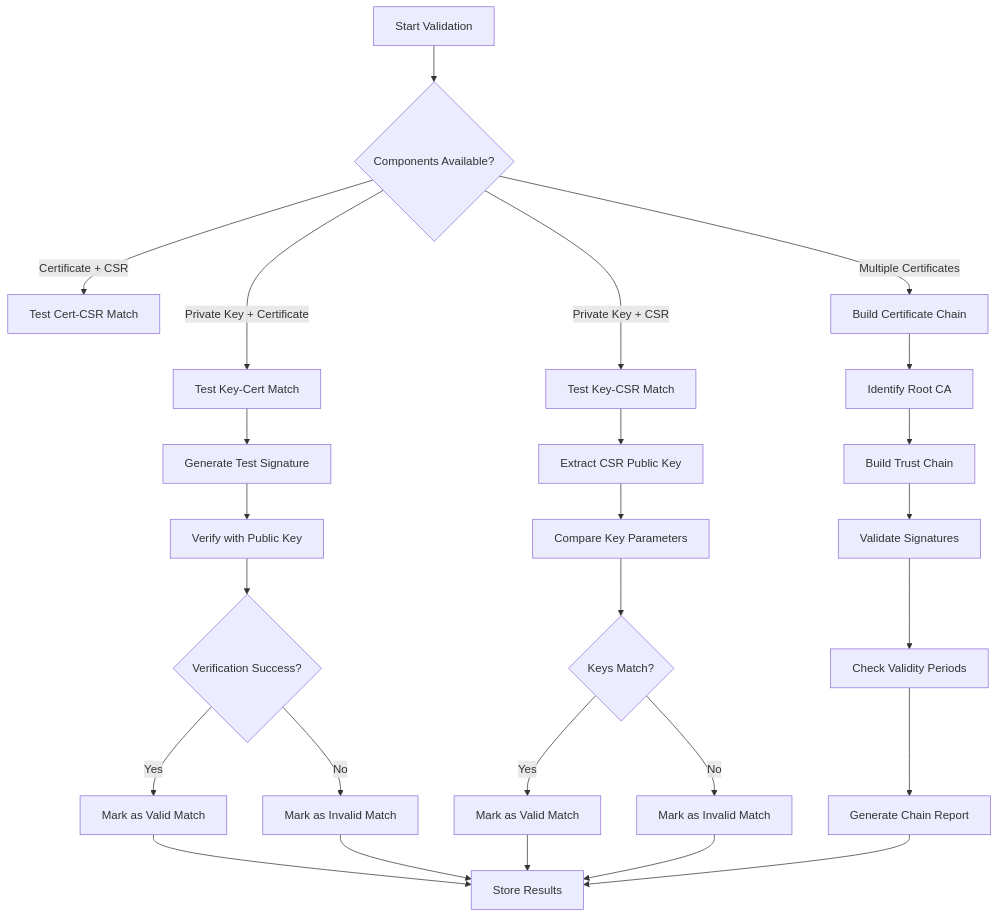
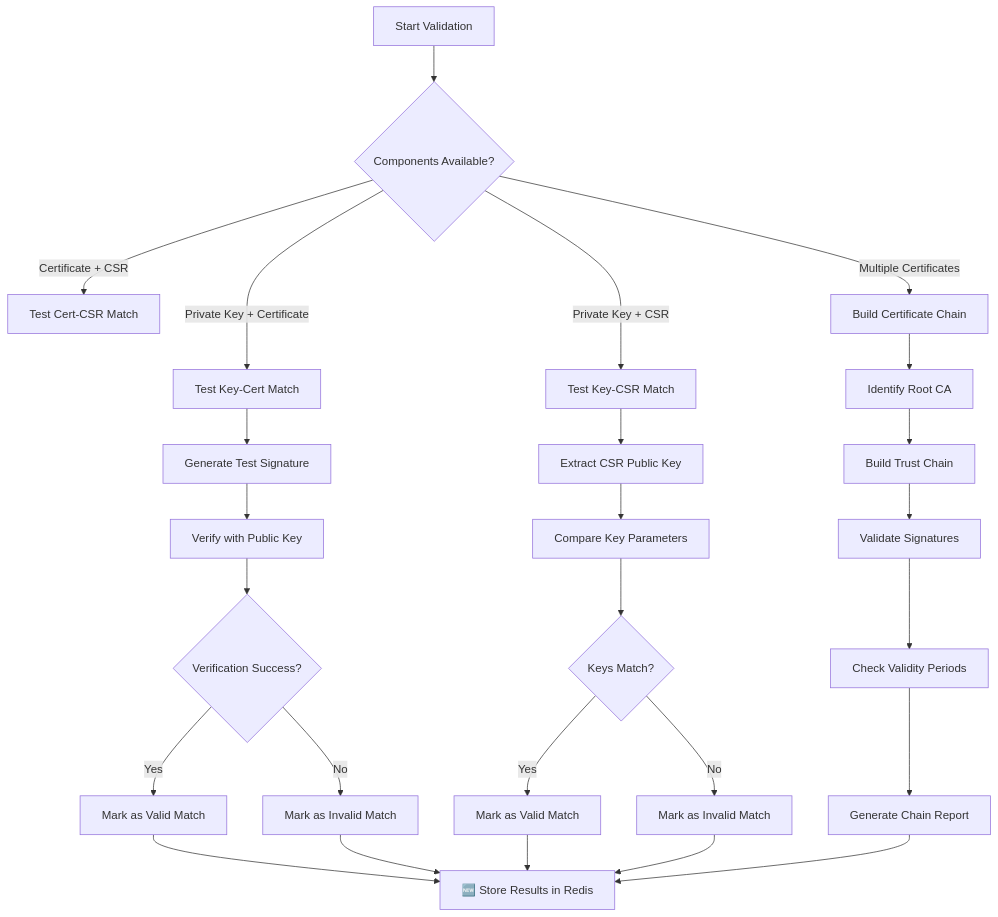
One commit to fuhdan/certificate-tools changed the sixth of 13 diagrams in TECHNICAL.md. Above: the diagram before and after it, drawn with Mermaid. The commit also changed other lines of this file and 1 other file, not shown here.

````diff
--- a/TECHNICAL.md
+++ b/TECHNICAL.md
@@ -423,32 +574,32 @@
 ```mermaid
 flowchart TD
     A[Start Validation] --> B{Components Available?}
     B -->|Private Key + Certificate| C[Test Key-Cert Match]
     B -->|Private Key + CSR| D[Test Key-CSR Match]
     B -->|Certificate + CSR| E[Test Cert-CSR Match]
     B -->|Multiple Certificates| F[Build Certificate Chain]
     
     C --> G[Generate Test Signature]
     G --> H[Verify with Public Key]
     H --> I{Verification Success?}
     I -->|Yes| J[Mark as Valid Match]
     I -->|No| K[Mark as Invalid Match]
     
     D --> L[Extract CSR Public Key]
     L --> M[Compare Key Parameters]
     M --> N{Keys Match?}
     N -->|Yes| O[Mark as Valid Match]
     N -->|No| P[Mark as Invalid Match]
     
     F --> Q[Identify Root CA]
     Q --> R[Build Trust Chain]
     R --> S[Validate Signatures]
     S --> T[Check Validity Periods]
     T --> U[Generate Chain Report]
     
-    J --> V[Store Results]
+    J --> V[🆕 Store Results in Redis]
     K --> V
     O --> V
     P --> V
     U --> V
 ```
````
